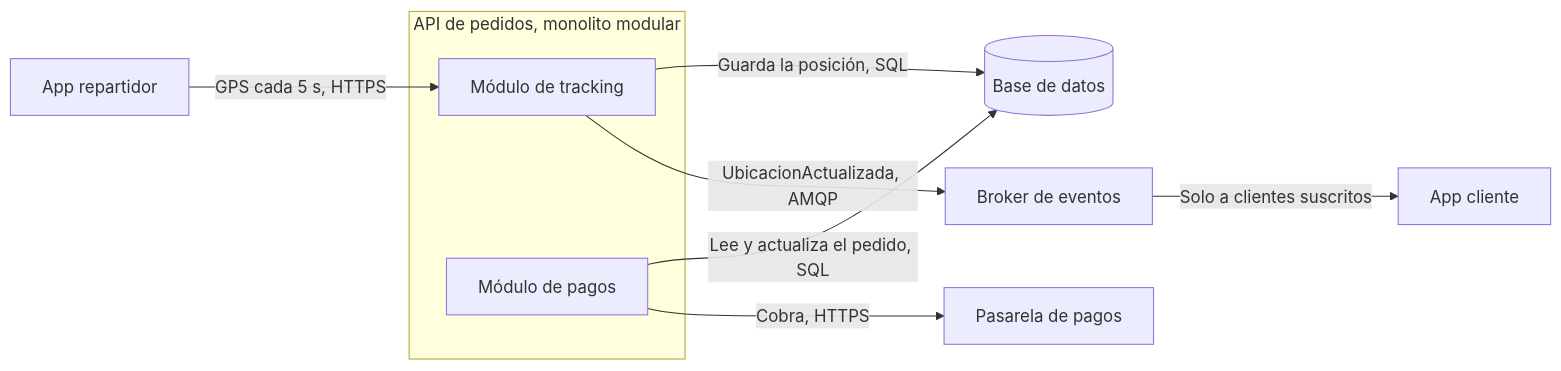
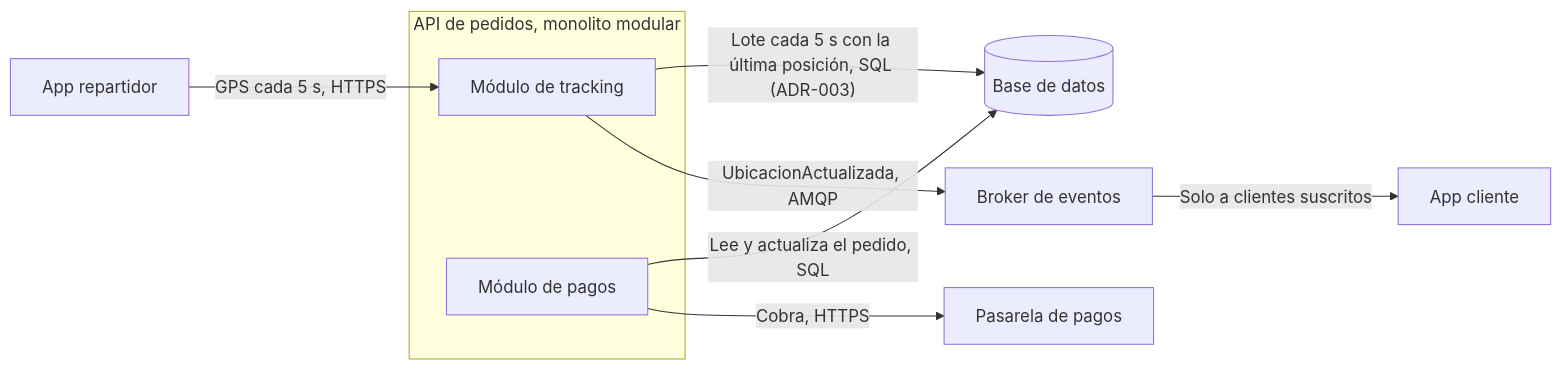
Before and after one commit to jesusb26/Grupo-3-Arquitectura-de-software: the diagram in docs/escenario-calidad.md, drawn with Mermaid. The commit also changed other lines of this file and 2 other files, not shown here.

Commit message:
docs: agregar ADR-003 con la tactica aplicada y su costo medido

````diff
--- a/docs/escenario-calidad.md
+++ b/docs/escenario-calidad.md
@@ -35,13 +35,13 @@
 ```mermaid
 flowchart LR
     R[App repartidor] -- "GPS cada 5 s, HTTPS" --> T
     subgraph API[API de pedidos, monolito modular]
         T[Módulo de tracking]
         P[Módulo de pagos]
     end
-    T -- "Guarda la posición, SQL" --> DB[(Base de datos)]
+    T -- "Lote cada 5 s con la última posición, SQL (ADR-003)" --> DB[(Base de datos)]
     P -- "Lee y actualiza el pedido, SQL" --> DB
     P -- "Cobra, HTTPS" --> PS[Pasarela de pagos]
     T -- "UbicacionActualizada, AMQP" --> B[Broker de eventos]
     B -- "Solo a clientes suscritos" --> C[App cliente]
 ```
````
